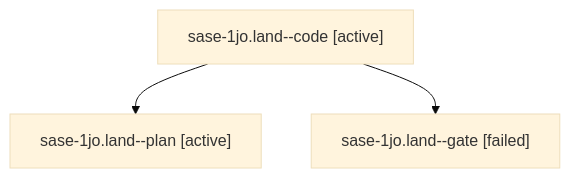
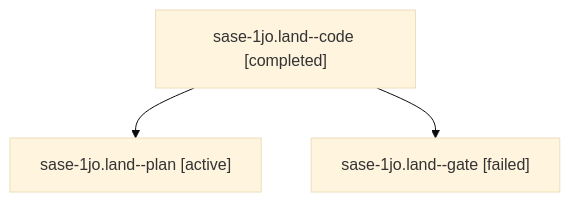
One commit to sase-org/sase--agents changed the diagram in sessions/bbugyi200.apollo.sase-1jo.land.md. Above: the diagram before and after it, drawn with Mermaid (base theme). The commit also changed other lines of this file and 60 other files, not shown here.

````diff
--- a/sessions/bbugyi200.apollo.sase-1jo.land.md
+++ b/sessions/bbugyi200.apollo.sase-1jo.land.md
@@ -9,8 +9,8 @@
 ```mermaid
 flowchart TD
-  n0["sase-1jo.land--code [active]"]
+  n0["sase-1jo.land--code [completed]"]
   n1["sase-1jo.land--plan [active]"]
   n0 --> n1
   n2["sase-1jo.land--gate [failed]"]
   n0 --> n2
 ```
````
